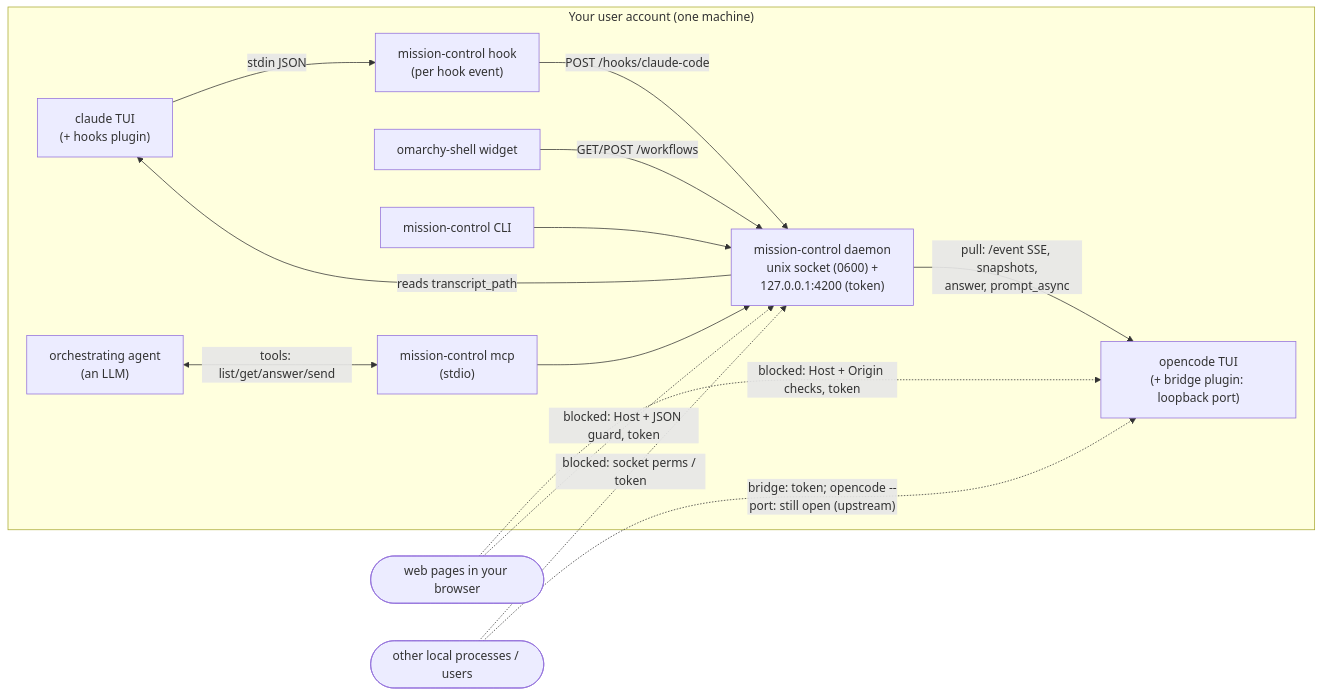
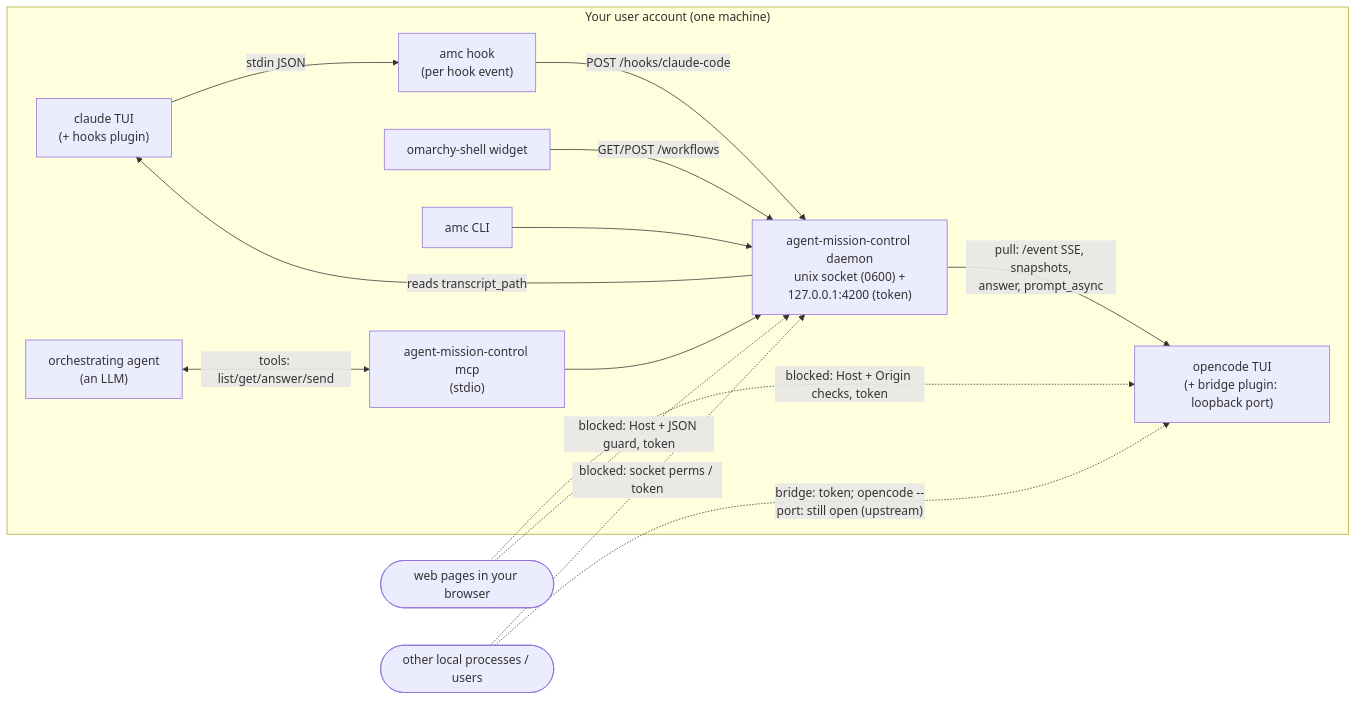
The diagram in docs/threat-model.md (rgolangh/agent-mission-control), drawn with Mermaid before and after one commit. The commit also changed other lines of this file and 48 other files, not shown here.

Commit message:
Rename project; install CLI as amc

````diff
--- a/docs/threat-model.md
+++ b/docs/threat-model.md
@@ -28,26 +28,26 @@
 ```mermaid
 flowchart LR
   subgraph user["Your user account (one machine)"]
     OC["opencode TUI<br/>(+ bridge plugin: loopback port)"]
     CC["claude TUI<br/>(+ hooks plugin)"]
-    HK["mission-control hook<br/>(per hook event)"]
-    D["mission-control daemon<br/>unix socket (0600) +<br/>127.0.0.1:4200 (token)"]
+    HK["amc hook<br/>(per hook event)"]
+    D["agent-mission-control daemon<br/>unix socket (0600) +<br/>127.0.0.1:4200 (token)"]
     W["omarchy-shell widget"]
-    CLI["mission-control CLI"]
-    MCP["mission-control mcp<br/>(stdio)"]
+    CLI["amc CLI"]
+    MCP["agent-mission-control mcp<br/>(stdio)"]
     ORC["orchestrating agent<br/>(an LLM)"]
   end
   WEB(["web pages in your browser"])
   OTH(["other local processes / users"])
 
   D -- "pull: /event SSE, snapshots,<br/>answer, prompt_async" --> OC
   CC -- "stdin JSON" --> HK -- "POST /hooks/claude-code" --> D
   D -- "reads transcript_path" --> CC
   W -- "GET/POST /workflows" --> D
   CLI --> D
   ORC <-- "tools: list/get/answer/send" --> MCP --> D
   WEB -. "blocked: Host + Origin checks, token" .-> OC
   WEB -. "blocked: Host + JSON guard, token" .-> D
   OTH -. "blocked: socket perms / token" .-> D
   OTH -. "bridge: token; opencode --port: still open (upstream)" .-> OC
 ```
````
